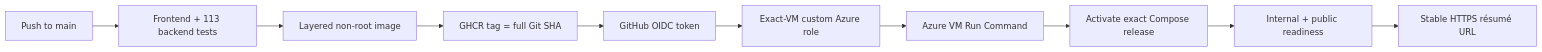
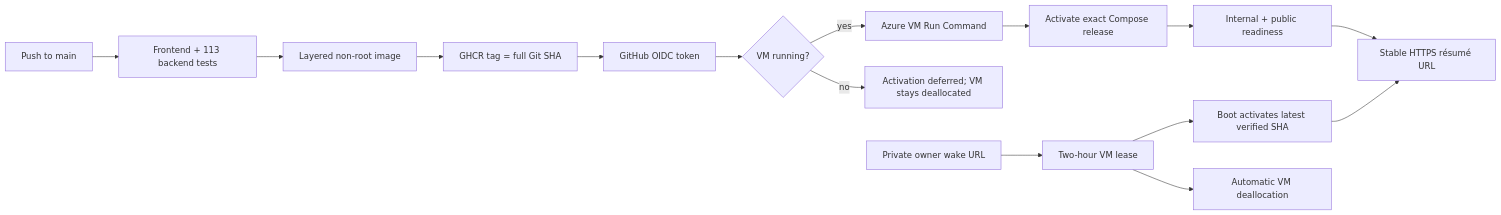
The third of 3 diagrams in README.md (Mofazzal874/Sentinel-Autonomous-On-Call-Incident-Response-Agent), drawn with Mermaid before and after one commit. The commit also changed other lines of this file and 23 other files, not shown here.

````diff
--- a/README.md
+++ b/README.md
@@ -439,12 +439,17 @@
 ```mermaid
 flowchart LR
     Push[Push to main] --> CI[Frontend + 113 backend tests]
     CI --> Image[Layered non-root image]
     Image --> GHCR[GHCR tag = full Git SHA]
     GHCR --> OIDC[GitHub OIDC token]
-    OIDC --> RBAC[Exact-VM custom Azure role]
-    RBAC --> Run[Azure VM Run Command]
+    OIDC --> State{VM running?}
+    State -->|yes| Run[Azure VM Run Command]
+    State -->|no| Deferred[Activation deferred; VM stays deallocated]
     Run --> Compose[Activate exact Compose release]
     Compose --> Health[Internal + public readiness]
     Health --> Stable[Stable HTTPS résumé URL]
+    Owner[Private owner wake URL] --> Lease[Two-hour VM lease]
+    Lease --> Boot[Boot activates latest verified SHA]
+    Boot --> Stable
+    Lease --> Stop[Automatic VM deallocation]
 ```
````
